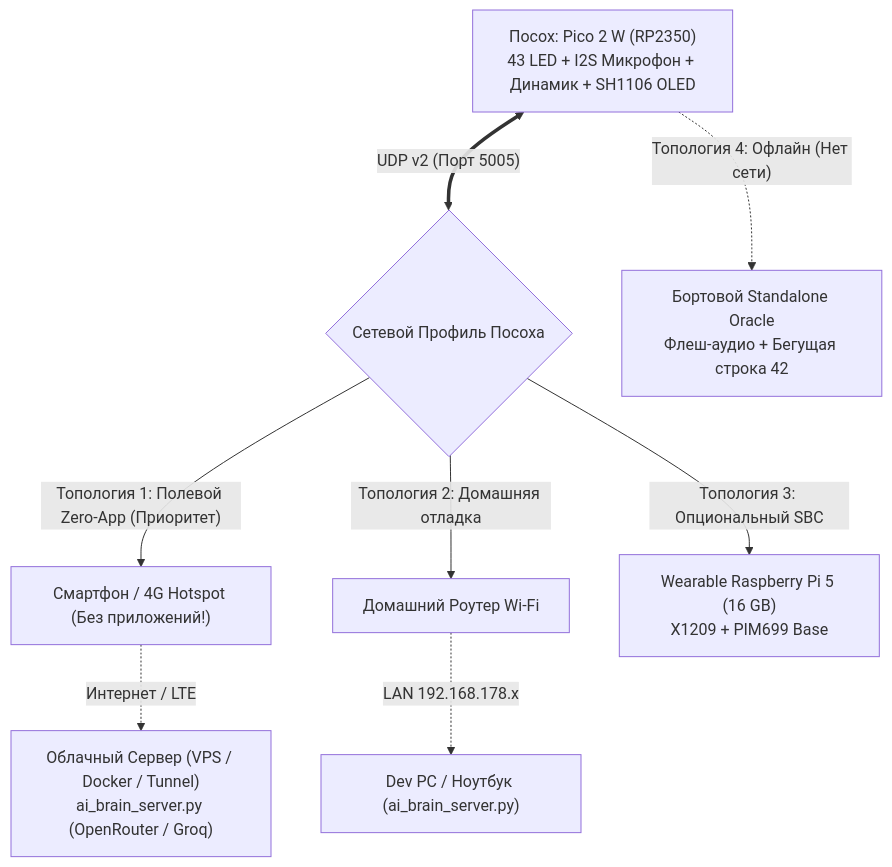
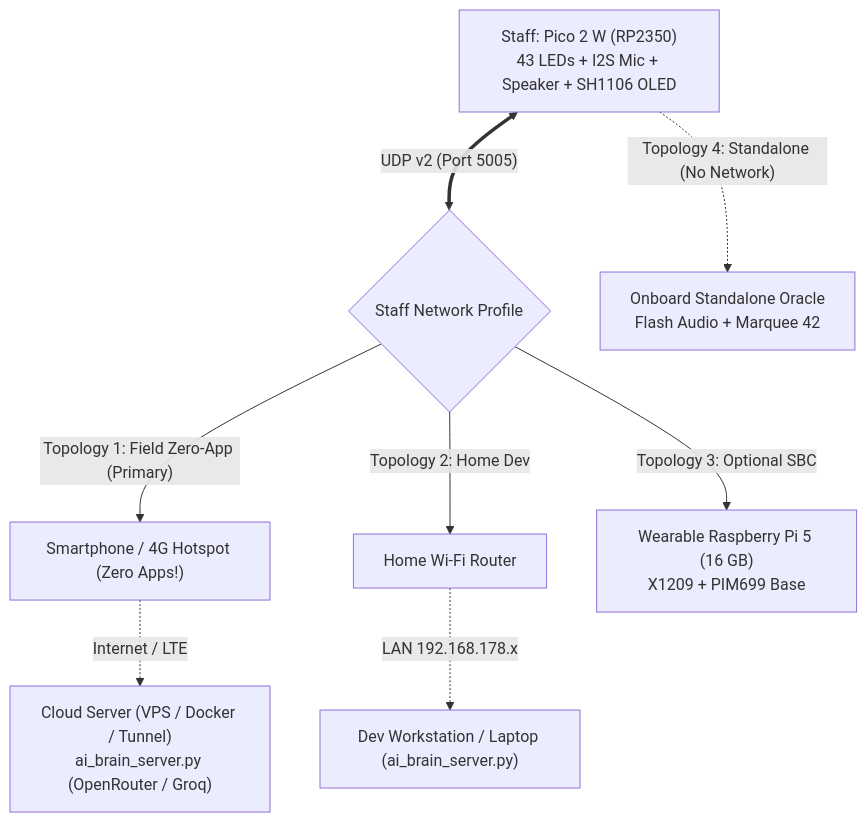
The diagram in docs/architecture/ai_dual_brain_architecture.md (DerAndr/celestial_engine_project), drawn with Mermaid before and after one commit. The commit also changed other lines of this file and 34 other files, not shown here.

````diff
--- a/docs/architecture/ai_dual_brain_architecture.md
+++ b/docs/architecture/ai_dual_brain_architecture.md
@@ -27,16 +27,16 @@
 ```mermaid
 graph TD
-    Staff["Посох: Pico 2 W (RP2350)<br>43 LED + I2S Микрофон + Динамик + SH1106 OLED"]
+    Staff["Staff: Pico 2 W (RP2350)<br>43 LEDs + I2S Mic + Speaker + SH1106 OLED"]
     
-    Staff <== "UDP v2 (Порт 5005)" ==> NetRouter{"Сетевой Профиль Посоха"}
+    Staff <== "UDP v2 (Port 5005)" ==> NetRouter{"Staff Network Profile"}
     
-    NetRouter -->|"Топология 1: Полевой Zero-App (Приоритет)"| Hotspot["Смартфон / 4G Hotspot (Без приложений!)"]
-    Hotspot -.->|"Интернет / LTE"| Cloud["Облачный Сервер (VPS / Docker / Tunnel)<br>ai_brain_server.py (OpenRouter / Groq)"]
+    NetRouter -->|"Topology 1: Field Zero-App (Primary)"| Hotspot["Smartphone / 4G Hotspot (Zero Apps!)"]
+    Hotspot -.->|"Internet / LTE"| Cloud["Cloud Server (VPS / Docker / Tunnel)<br>ai_brain_server.py (OpenRouter / Groq)"]
     
-    NetRouter -->|"Топология 2: Домашняя отладка"| HomeWiFi["Домашний Роутер Wi-Fi"]
-    HomeWiFi -.->|"LAN 192.168.178.x"| DevPC["Dev PC / Ноутбук (ai_brain_server.py)"]
+    NetRouter -->|"Topology 2: Home Dev"| HomeWiFi["Home Wi-Fi Router"]
+    HomeWiFi -.->|"LAN 192.168.178.x"| DevPC["Dev Workstation / Laptop (ai_brain_server.py)"]
     
-    NetRouter -->|"Топология 3: Опциональный SBC"| Pi5["Wearable Raspberry Pi 5 (16 GB)<br>X1209 + PIM699 Base"]
+    NetRouter -->|"Topology 3: Optional SBC"| Pi5["Wearable Raspberry Pi 5 (16 GB)<br>X1209 + PIM699 Base"]
     
-    Staff -.->|"Топология 4: Офлайн (Нет сети)"| Standalone["Бортовой Standalone Oracle<br>Флеш-аудио + Бегущая строка 42"]
+    Staff -.->|"Topology 4: Standalone (No Network)"| Standalone["Onboard Standalone Oracle<br>Flash Audio + Marquee 42"]
 ```
````
